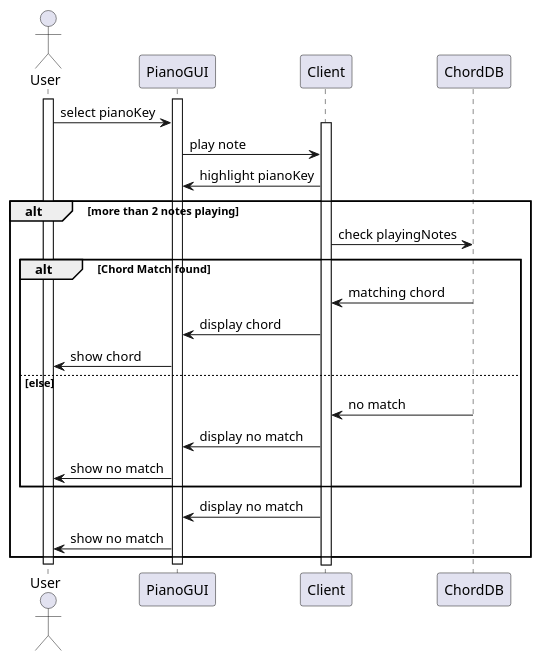
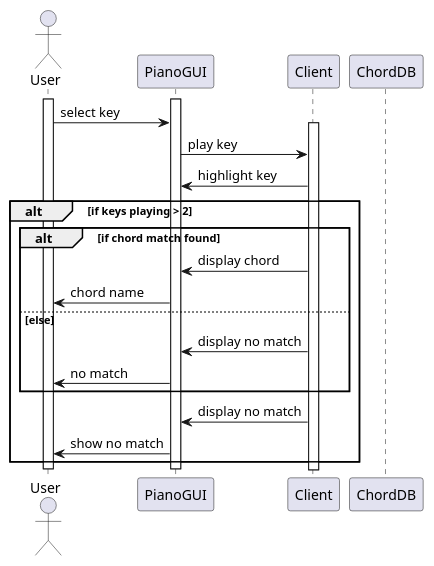
One commit to devinchristianson/daj changed the diagram in docs/uml/chordmatchSequenceAnalysis.pu. Above: the diagram before and after it, drawn with PlantUML. The commit also changed 1 other file, not shown here.

Commit message:
finish, cleanup chordmatch sequence doc section

```diff
--- a/docs/uml/chordmatchSequenceAnalysis.pu
+++ b/docs/uml/chordmatchSequenceAnalysis.pu
@@ -1,28 +1,25 @@
 @startuml
 actor User
 participant PianoGUI
 participant Client
 participant ChordDB
 activate User
 activate PianoGUI
-User -> PianoGUI: select pianoKey
+User -> PianoGUI: select key
 activate Client
-PianoGUI -> Client: play note
-Client -> PianoGUI: highlight pianoKey
-alt more than 2 notes playing
-Client -> ChordDB: check playingNotes
-alt Chord Match found
-ChordDB -> Client: matching chord
+PianoGUI -> Client: play key
+Client -> PianoGUI: highlight key
+alt if keys playing > 2
+alt if chord match found
 Client -> PianoGUI: display chord
-PianoGUI -> User: show chord
+PianoGUI -> User: chord name
 else else
-ChordDB -> Client: no match
 Client -> PianoGUI: display no match
-PianoGUI -> User: show no match
+PianoGUI -> User: no match
 end
 Client -> PianoGUI: display no match
 PianoGUI -> User: show no match
 end
 deactivate PianoGUI
 deactivate User
 @enduml
```
